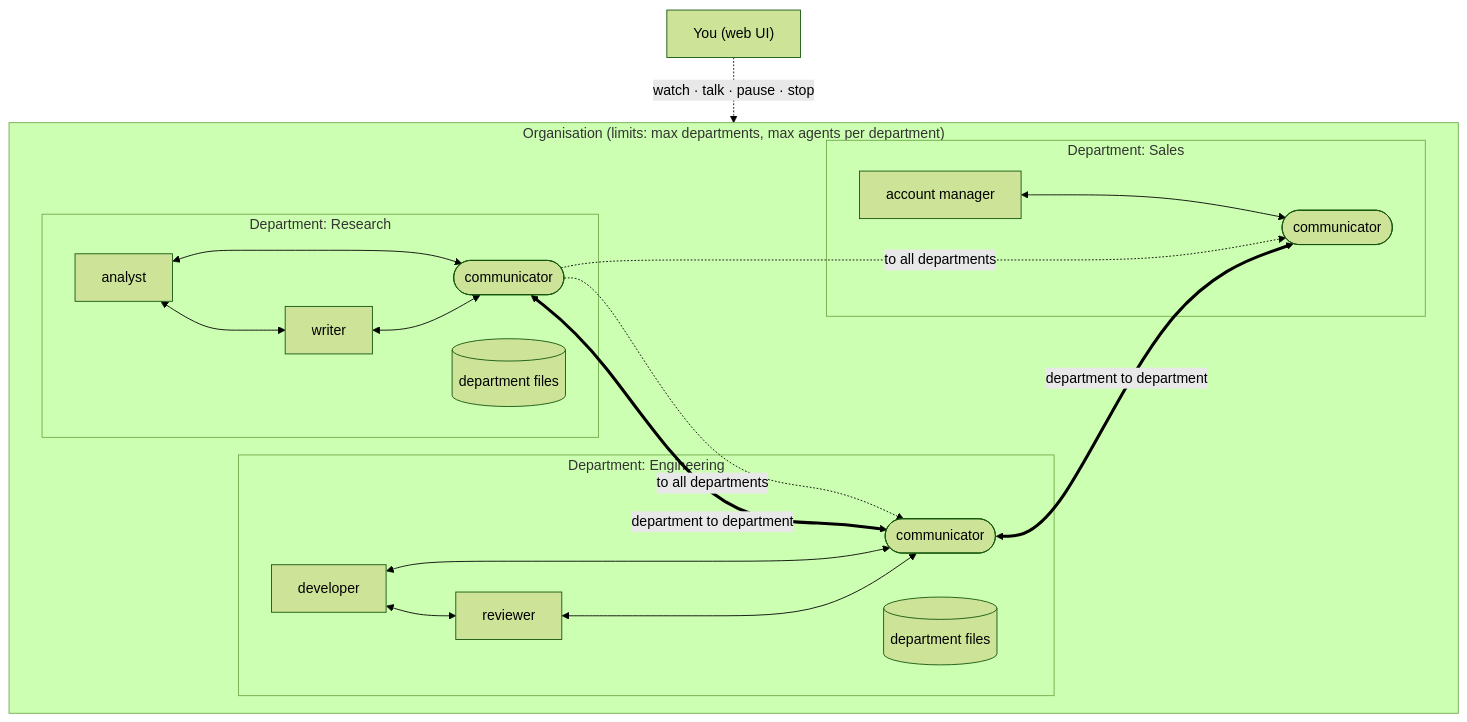
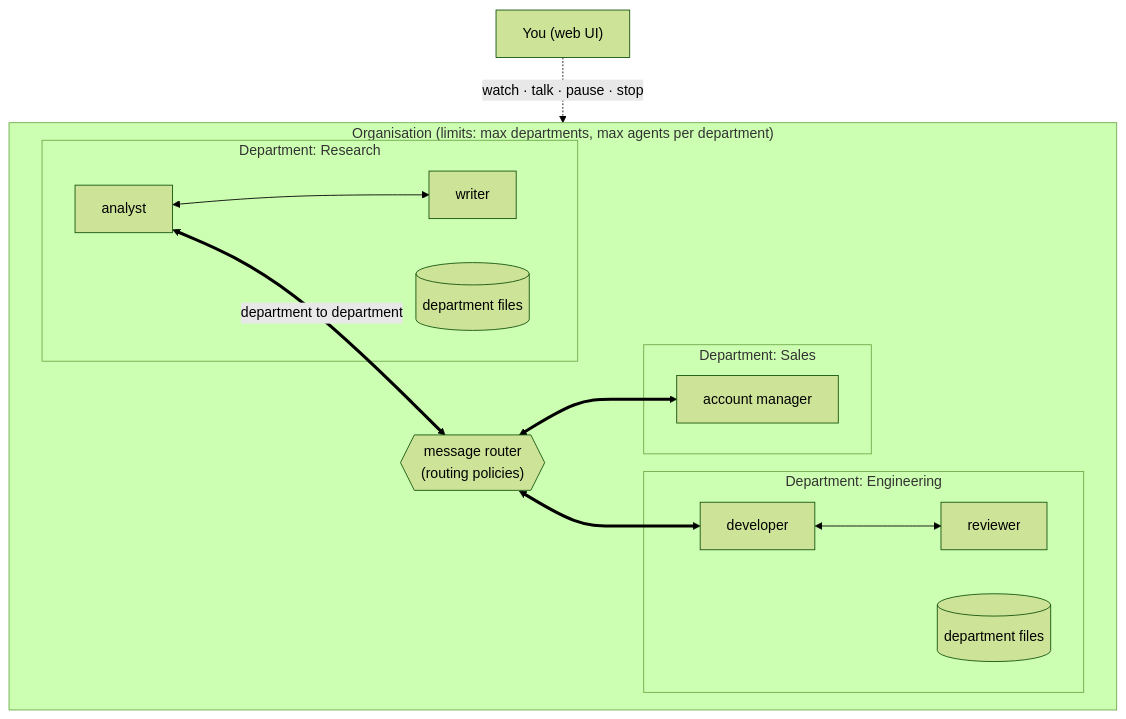
One commit to Jaelse/agentcore changed the first of 10 diagrams in docs/MULTI_AGENT.md. Above: the diagram before and after it, drawn with Mermaid (forest theme). The commit also changed other lines of this file and 48 other files, not shown here.

First line of the commit message:
Replace communicator agents with a message router and routing policies

````diff
--- a/docs/MULTI_AGENT.md
+++ b/docs/MULTI_AGENT.md
@@ -52,27 +53,21 @@
 ```mermaid
 flowchart TB
     subgraph ORG["Organisation (limits: max departments, max agents per department)"]
         subgraph R["Department: Research"]
-            RC(["communicator"])
             R1["analyst"] <--> R2["writer"]
-            R1 <--> RC
-            R2 <--> RC
             RF[("department files")]
         end
         subgraph E["Department: Engineering"]
-            EC(["communicator"])
             E1["developer"] <--> E2["reviewer"]
-            E1 <--> EC
-            E2 <--> EC
             EF[("department files")]
         end
         subgraph S["Department: Sales"]
-            SC(["communicator"])
-            S1["account manager"] <--> SC
+            S1["account manager"]
         end
-        RC <== "department to department" ==> EC
-        EC <== "department to department" ==> SC
-        RC -. "to all departments" .-> EC & SC
+        ROUTER{{"message router<br/>(routing policies)"}}
+        R1 <== "department to department" ==> ROUTER
+        ROUTER <==> E1
+        ROUTER <==> S1
     end
     H["You (web UI)"] -. "watch · talk · pause · stop" .-> ORG
 ```
````
